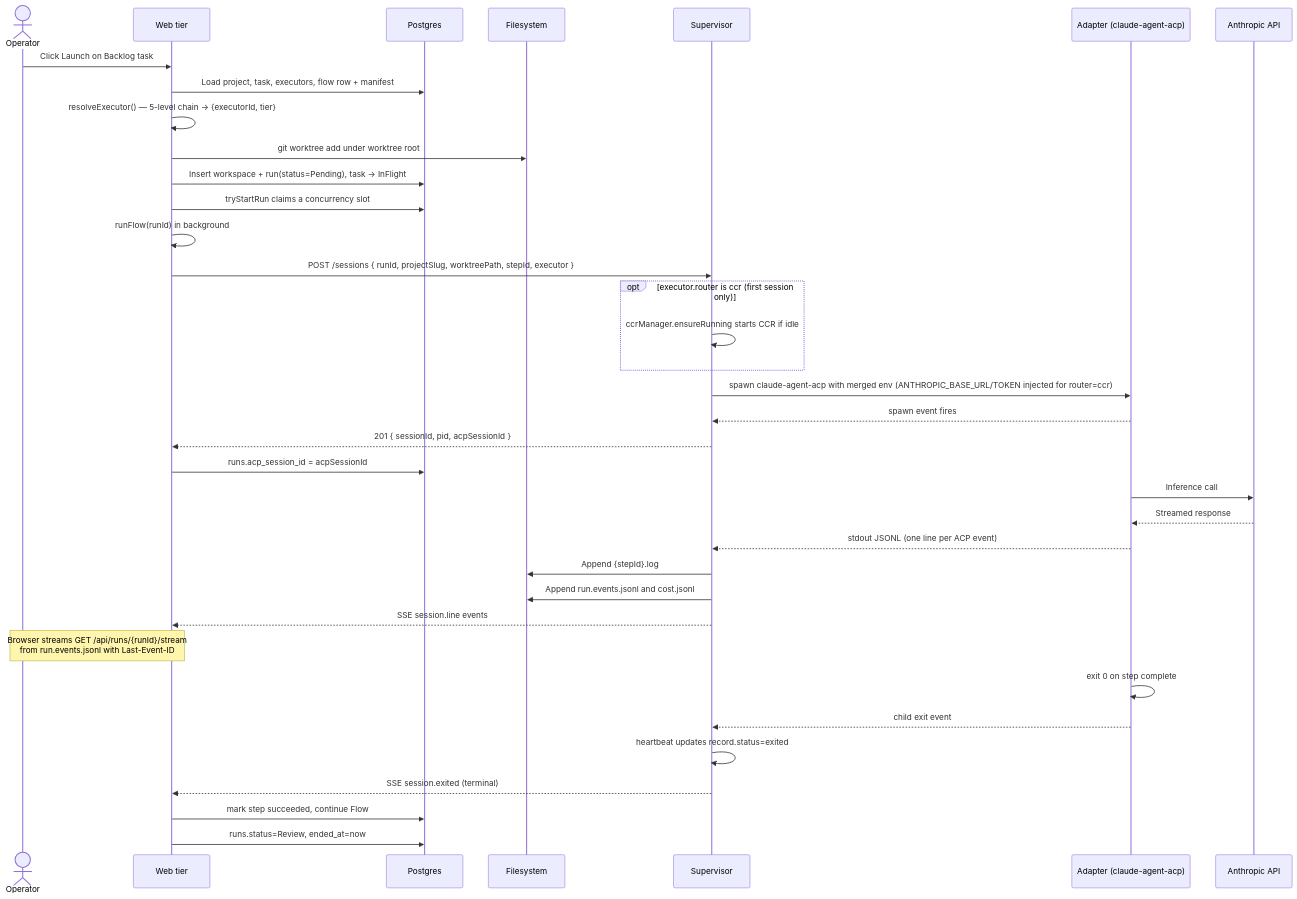
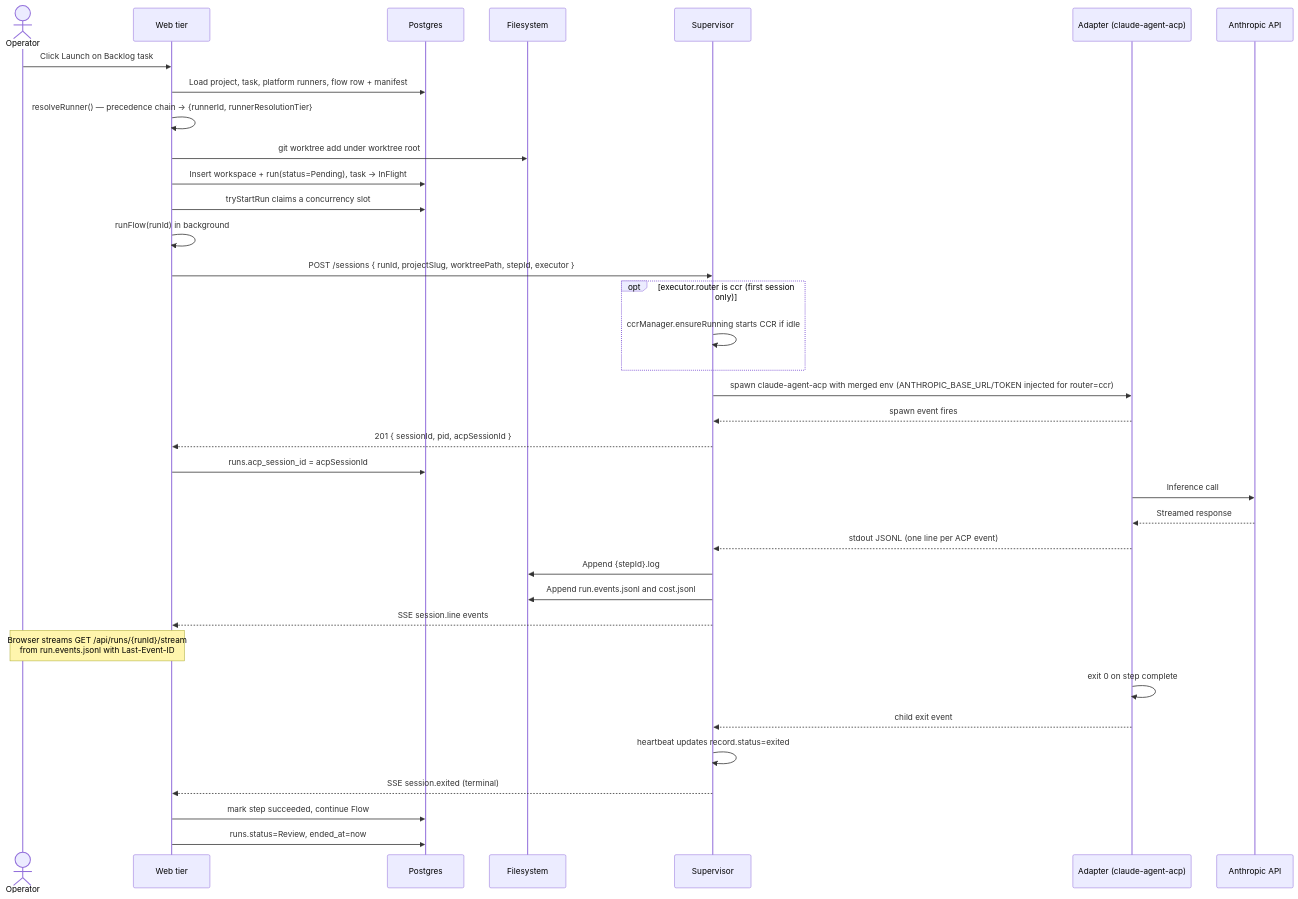
The fifth of 7 diagrams in docs/architecture.md (maister-dev/maister), drawn with Mermaid before and after one commit. The commit also changed other lines of this file and 212 other files, not shown here.

First line of the commit message:
feat(acp): add platform runner configuration

````diff
--- a/docs/architecture.md
+++ b/docs/architecture.md
@@ -302,42 +302,42 @@
 ```mermaid
 sequenceDiagram
     actor U as Operator
     participant W as Web tier
     participant DB as Postgres
     participant FS as Filesystem
     participant S as Supervisor
     participant A as Adapter (claude-agent-acp)
     participant LLM as Anthropic API
 
     U->>W: Click Launch on Backlog task
-    W->>DB: Load project, task, executors, flow row + manifest
-    W->>W: resolveExecutor() — 5-level chain → {executorId, tier}
+    W->>DB: Load project, task, platform runners, flow row + manifest
+    W->>W: resolveRunner() — precedence chain → {runnerId, runnerResolutionTier}
     W->>FS: git worktree add under worktree root
     W->>DB: Insert workspace + run(status=Pending), task -> InFlight
     W->>DB: tryStartRun claims a concurrency slot
     W->>W: runFlow(runId) in background
     W->>S: POST /sessions { runId, projectSlug, worktreePath, stepId, executor }
     opt executor.router is ccr (first session only)
         S->>S: ccrManager.ensureRunning starts CCR if idle
     end
     S->>A: spawn claude-agent-acp with merged env (ANTHROPIC_BASE_URL/TOKEN injected for router=ccr)
     A-->>S: spawn event fires
     S-->>W: 201 { sessionId, pid, acpSessionId }
     W->>DB: runs.acp_session_id = acpSessionId
 
     A->>LLM: Inference call
     LLM-->>A: Streamed response
     A-->>S: stdout JSONL (one line per ACP event)
     S->>FS: Append {stepId}.log
     S->>FS: Append run.events.jsonl and cost.jsonl
     S-->>W: SSE session.line events
 
     Note over U,W: Browser streams GET /api/runs/{runId}/stream<br/>from run.events.jsonl with Last-Event-ID
 
     A->>A: exit 0 on step complete
     A-->>S: child exit event
     S->>S: heartbeat updates record.status=exited
     S-->>W: SSE session.exited (terminal)
     W->>DB: mark step succeeded, continue Flow
     W->>DB: runs.status=Review, ended_at=now
 ```
````
